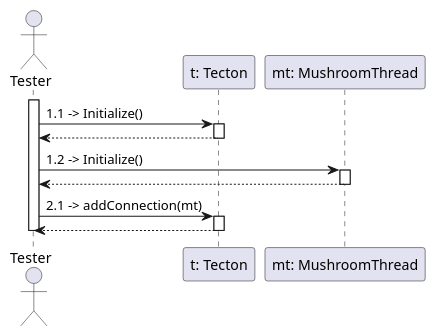
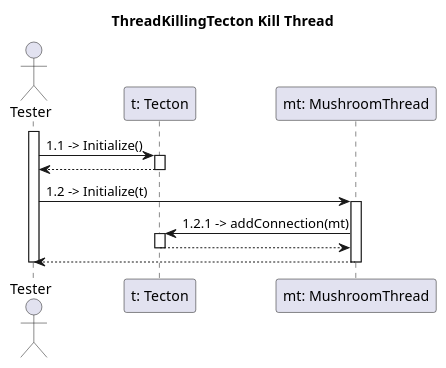
The diagram in diagrams/communication/tecton2.puml (dzsem/projlab), drawn with PlantUML before and after one commit.

```diff
--- a/diagrams/communication/tecton2.puml
+++ b/diagrams/communication/tecton2.puml
@@ -4,28 +4,28 @@
 @startuml communicationTecton2
+
+title ThreadKillingTecton Kill Thread
 
 actor "Tester" as ts
 participant "t: Tecton" as t
 participant "mt: MushroomThread" as mt
 
 activate ts
 
 ' inicializálás
 ts -> t: 1.1 -> Initialize()
 activate t
 ts <-- t
 deactivate t
 
-ts -> mt: 1.2 -> Initialize()
+ts -> mt: 1.2 -> Initialize(t)
 activate mt
+mt -> t: 1.2.1 -> addConnection(mt)
+activate t
+mt <-- t
+deactivate t
 ts <-- mt
 deactivate mt
-
-' tecton setup
-ts -> t: 2.1 -> addConnection(mt)
-activate t
-ts <-- t
-deactivate t
 
 deactivate ts
 
 @enduml
```
